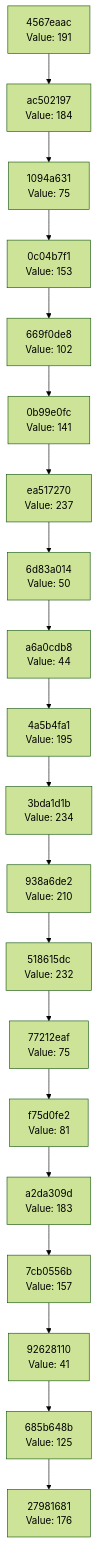
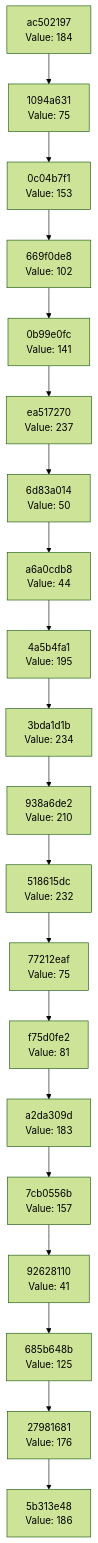
The diagram in docs/CHAIN_VISUALIZATION.md (Abhisheksinha1506/hash-chain-evolver), drawn with Mermaid (forest theme) before and after one commit. The commit also changed 2 other files, not shown here.

Commit message:
Evolution step: hash 0xBA → action executed

````diff
--- a/docs/CHAIN_VISUALIZATION.md
+++ b/docs/CHAIN_VISUALIZATION.md
@@ -3,42 +3,42 @@
 ```mermaid
 graph TD
-    C0["27981681<br/>Value: 176"]
-    C1["685b648b<br/>Value: 125"]
+    C0["5b313e48<br/>Value: 186"]
+    C1["27981681<br/>Value: 176"]
     C1 --> C0
-    C2["92628110<br/>Value: 41"]
+    C2["685b648b<br/>Value: 125"]
     C2 --> C1
-    C3["7cb0556b<br/>Value: 157"]
+    C3["92628110<br/>Value: 41"]
     C3 --> C2
-    C4["a2da309d<br/>Value: 183"]
+    C4["7cb0556b<br/>Value: 157"]
     C4 --> C3
-    C5["f75d0fe2<br/>Value: 81"]
+    C5["a2da309d<br/>Value: 183"]
     C5 --> C4
-    C6["77212eaf<br/>Value: 75"]
+    C6["f75d0fe2<br/>Value: 81"]
     C6 --> C5
-    C7["518615dc<br/>Value: 232"]
+    C7["77212eaf<br/>Value: 75"]
     C7 --> C6
-    C8["938a6de2<br/>Value: 210"]
+    C8["518615dc<br/>Value: 232"]
     C8 --> C7
-    C9["3bda1d1b<br/>Value: 234"]
+    C9["938a6de2<br/>Value: 210"]
     C9 --> C8
-    C10["4a5b4fa1<br/>Value: 195"]
+    C10["3bda1d1b<br/>Value: 234"]
     C10 --> C9
-    C11["a6a0cdb8<br/>Value: 44"]
+    C11["4a5b4fa1<br/>Value: 195"]
     C11 --> C10
-    C12["6d83a014<br/>Value: 50"]
+    C12["a6a0cdb8<br/>Value: 44"]
     C12 --> C11
-    C13["ea517270<br/>Value: 237"]
+    C13["6d83a014<br/>Value: 50"]
     C13 --> C12
-    C14["0b99e0fc<br/>Value: 141"]
+    C14["ea517270<br/>Value: 237"]
     C14 --> C13
-    C15["669f0de8<br/>Value: 102"]
+    C15["0b99e0fc<br/>Value: 141"]
     C15 --> C14
-    C16["0c04b7f1<br/>Value: 153"]
+    C16["669f0de8<br/>Value: 102"]
     C16 --> C15
-    C17["1094a631<br/>Value: 75"]
+    C17["0c04b7f1<br/>Value: 153"]
     C17 --> C16
-    C18["ac502197<br/>Value: 184"]
+    C18["1094a631<br/>Value: 75"]
     C18 --> C17
-    C19["4567eaac<br/>Value: 191"]
+    C19["ac502197<br/>Value: 184"]
     C19 --> C18
 ```
````
